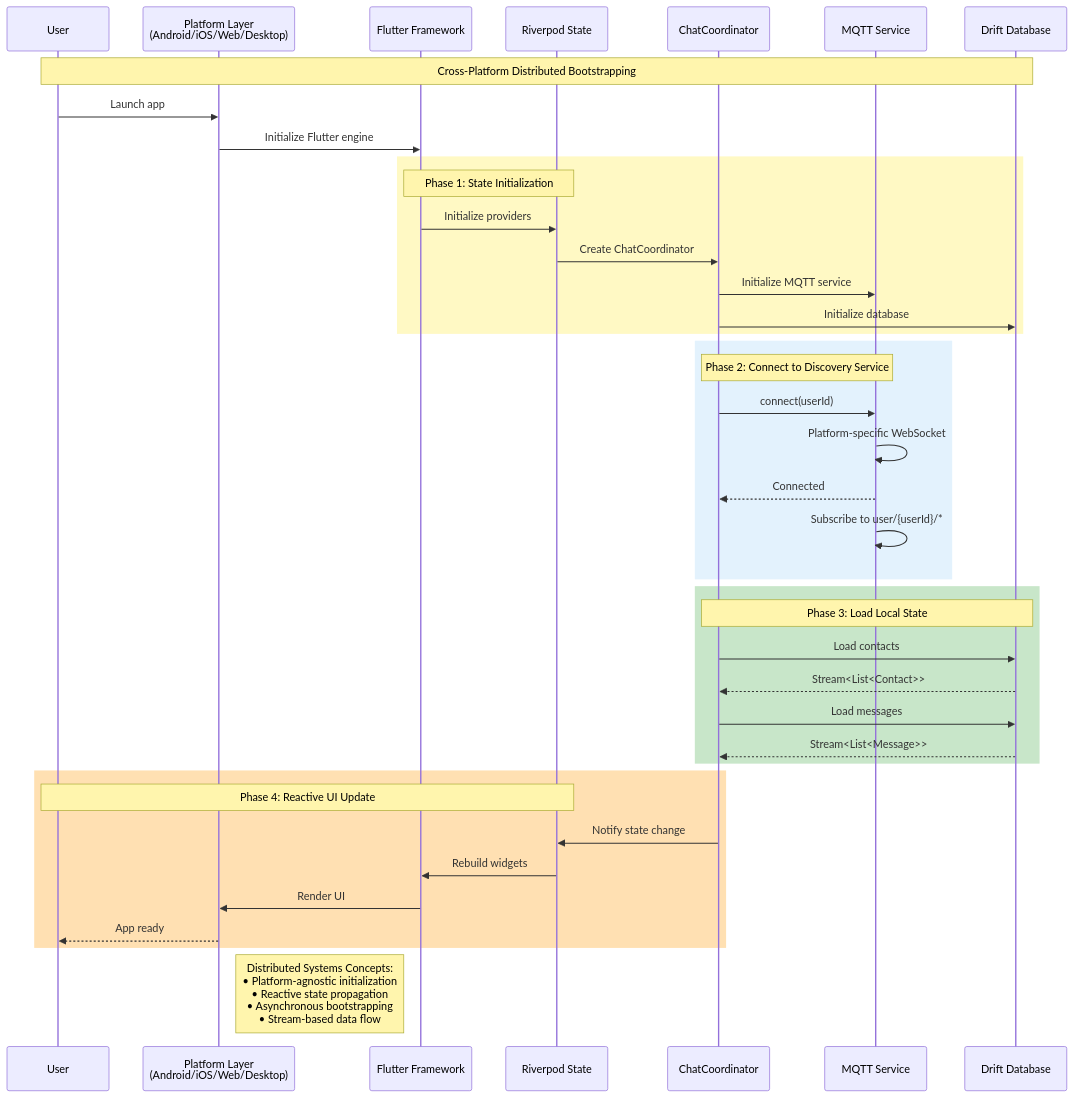
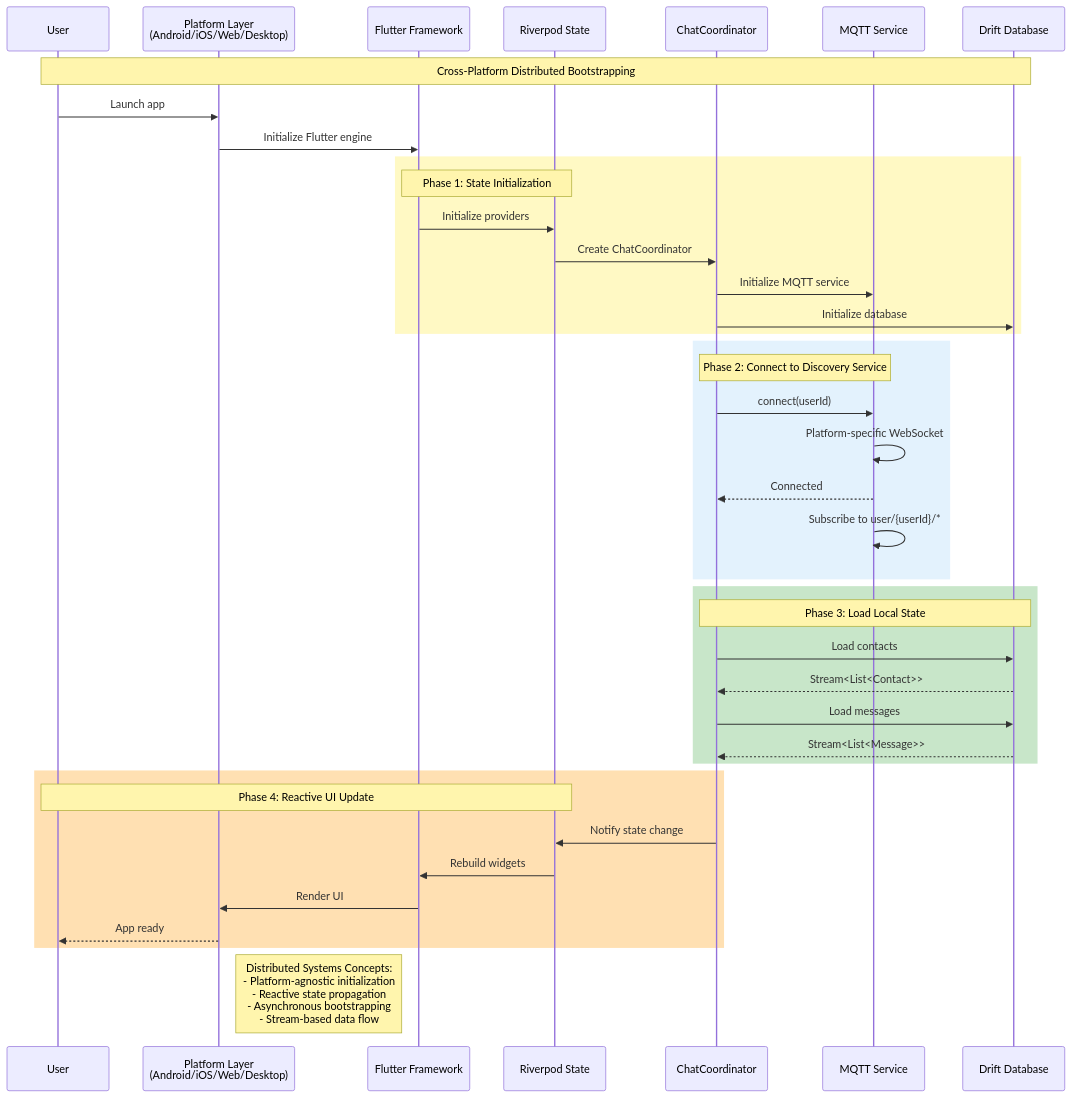
Before and after one commit to amr-kasem/distributed-systems-flutter-chat-peer: the first of 8 diagrams in docs/sequence-diagrams.md, drawn with Mermaid. The commit also changed other lines of this file and 5 other files, not shown here.

Commit message:
solved issues with diagrams

````diff
--- a/docs/sequence-diagrams.md
+++ b/docs/sequence-diagrams.md
@@ -13,49 +13,49 @@
 ```mermaid
 sequenceDiagram
     participant User
     participant Platform as Platform Layer<br/>(Android/iOS/Web/Desktop)
     participant Flutter as Flutter Framework
     participant Riverpod as Riverpod State
     participant Coord as ChatCoordinator
     participant MQTT as MQTT Service
     participant Drift as Drift Database
     
     Note over User,Drift: Cross-Platform Distributed Bootstrapping
     
     User->>Platform: Launch app
     Platform->>Flutter: Initialize Flutter engine
     
     rect rgb(255, 249, 196)
         Note over Flutter,Riverpod: Phase 1: State Initialization
         Flutter->>Riverpod: Initialize providers
         Riverpod->>Coord: Create ChatCoordinator
         Coord->>MQTT: Initialize MQTT service
         Coord->>Drift: Initialize database
     end
     
     rect rgb(227, 242, 253)
         Note over Coord,MQTT: Phase 2: Connect to Discovery Service
         Coord->>MQTT: connect(userId)
         MQTT->>MQTT: Platform-specific WebSocket
         MQTT-->>Coord: Connected
         MQTT->>MQTT: Subscribe to user/{userId}/*
     end
     
     rect rgb(200, 230, 201)
         Note over Coord,Drift: Phase 3: Load Local State
         Coord->>Drift: Load contacts
         Drift-->>Coord: Stream<List<Contact>>
         Coord->>Drift: Load messages
         Drift-->>Coord: Stream<List<Message>>
     end
     
     rect rgb(255, 224, 178)
         Note over Riverpod,User: Phase 4: Reactive UI Update
         Coord->>Riverpod: Notify state change
         Riverpod->>Flutter: Rebuild widgets
         Flutter->>Platform: Render UI
         Platform-->>User: App ready
     end
     
-    Note right of Platform: Distributed Systems Concepts:<br/>• Platform-agnostic initialization<br/>• Reactive state propagation<br/>• Asynchronous bootstrapping<br/>• Stream-based data flow
+    Note right of Platform: Distributed Systems Concepts:<br/>- Platform-agnostic initialization<br/>- Reactive state propagation<br/>- Asynchronous bootstrapping<br/>- Stream-based data flow
 ```
````
